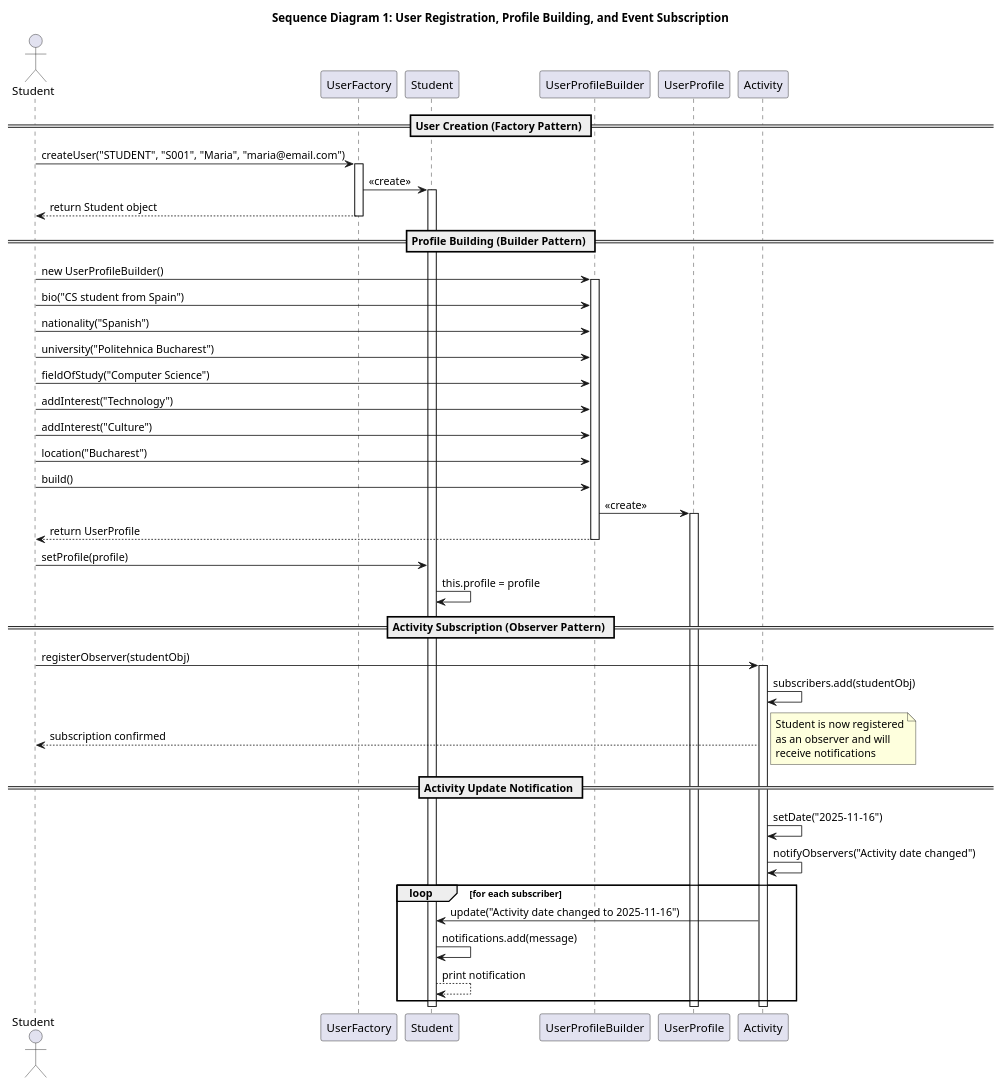
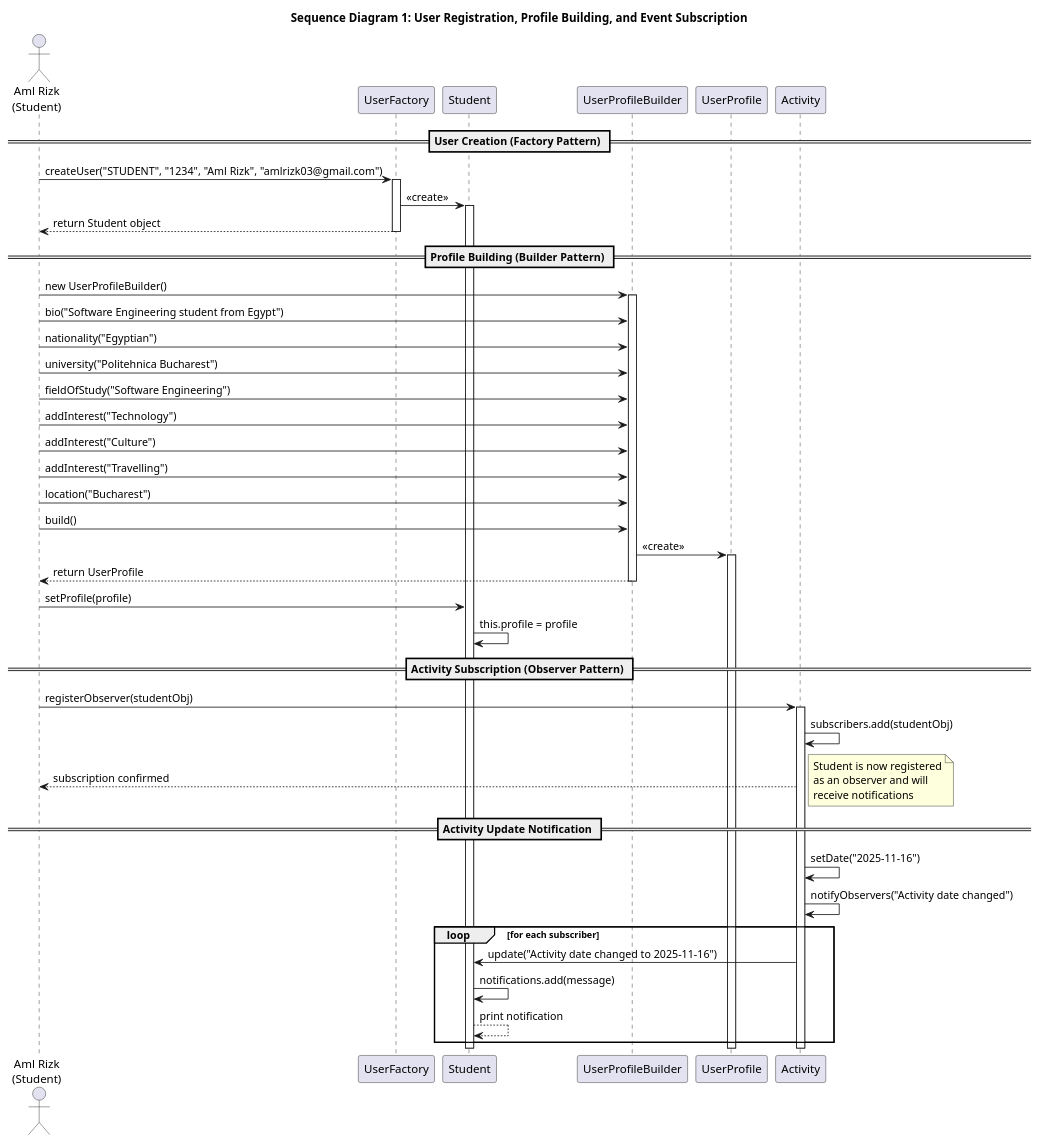
The diagram in diagrams/sequence-diagram-1.puml (amlrizk03/erasmus-journey-companion), drawn with PlantUML before and after one commit. The commit also changed 25 other files, not shown here.

Commit message:
Add Milestone 2 UML diagrams and implementation

```diff
--- a/diagrams/sequence-diagram-1.puml
+++ b/diagrams/sequence-diagram-1.puml
@@ -1,63 +1,65 @@
 @startuml User Registration and Activity Subscription
 
 title Sequence Diagram 1: User Registration, Profile Building, and Event Subscription
 
-actor Student as student
+actor "Aml Rizk\n(Student)" as student
 participant "UserFactory" as factory
 participant "Student" as studentObj
 participant "UserProfileBuilder" as builder
 participant "UserProfile" as profile
 participant "Activity" as activity
 
 == User Creation (Factory Pattern) ==
-student -> factory : createUser("STUDENT", "S001", "Maria", "maria@email.com")
+student -> factory : createUser("STUDENT", "1234", "Aml Rizk", "amlrizk03@gmail.com")
 activate factory
 factory -> studentObj : <<create>>
 activate studentObj
 factory --> student : return Student object
 deactivate factory
 
 == Profile Building (Builder Pattern) ==
 student -> builder : new UserProfileBuilder()
 activate builder
-student -> builder : bio("CS student from Spain")
-student -> builder : nationality("Spanish")
+student -> builder : bio("Software Engineering student from Egypt")
+student -> builder : nationality("Egyptian")
 student -> builder : university("Politehnica Bucharest")
-student -> builder : fieldOfStudy("Computer Science")
+student -> builder : fieldOfStudy("Software Engineering")
 student -> builder : addInterest("Technology")
 student -> builder : addInterest("Culture")
+student -> builder : addInterest("Travelling")
 student -> builder : location("Bucharest")
 student -> builder : build()
 builder -> profile : <<create>>
 activate profile
 builder --> student : return UserProfile
 deactivate builder
 
 student -> studentObj : setProfile(profile)
 studentObj -> studentObj : this.profile = profile
 
 == Activity Subscription (Observer Pattern) ==
 student -> activity : registerObserver(studentObj)
 activate activity
 activity -> activity : subscribers.add(studentObj)
 activity --> student : subscription confirmed
+
 note right
   Student is now registered
   as an observer and will
   receive notifications
 end note
 
 == Activity Update Notification ==
 activity -> activity : setDate("2025-11-16")
 activity -> activity : notifyObservers("Activity date changed")
 loop for each subscriber
     activity -> studentObj : update("Activity date changed to 2025-11-16")
     studentObj -> studentObj : notifications.add(message)
     studentObj --> studentObj : print notification
 end
 
 deactivate activity
 deactivate studentObj
 deactivate profile
 
 @enduml
```
